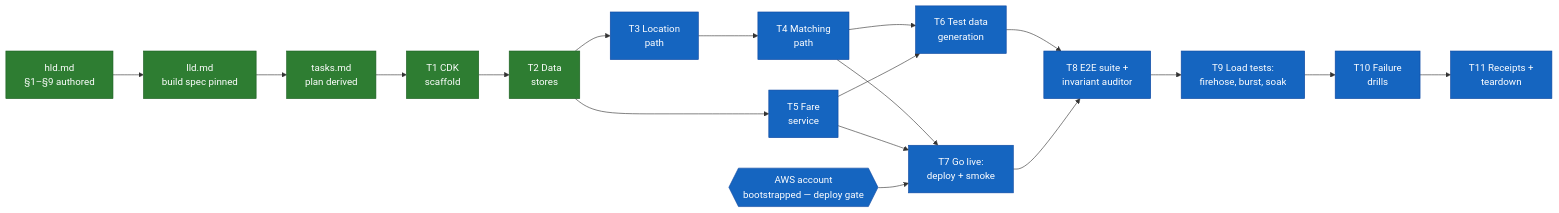
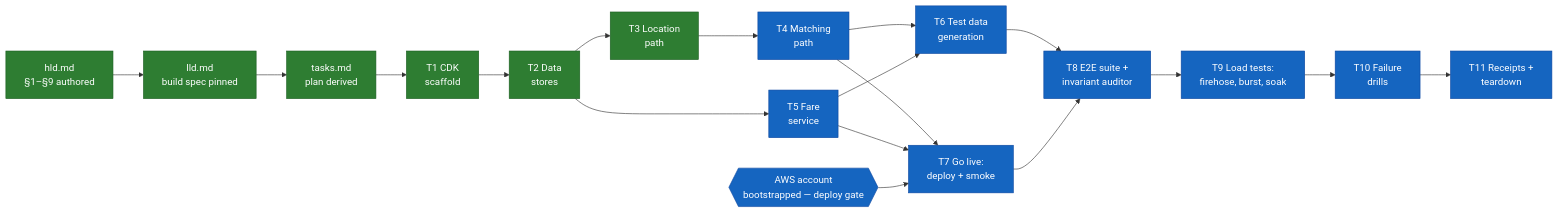
Before and after one commit to quannh0308/SystemDesignDeepDives: the diagram in uber-like-rides/docs/ledger.md, drawn with Mermaid. The commit also changed other lines of this file and 27 other files, not shown here.

````diff
--- a/uber-like-rides/docs/ledger.md
+++ b/uber-like-rides/docs/ledger.md
@@ -8,38 +8,38 @@
 ```mermaid
 flowchart LR
     DESIGN[hld.md<br/>§1–§9 authored]
     LLD[lld.md<br/>build spec pinned]
     PLAN[tasks.md<br/>plan derived]
     T1[T1 CDK<br/>scaffold]
     T2[T2 Data<br/>stores]
     T3[T3 Location<br/>path]
     T4[T4 Matching<br/>path]
     T5[T5 Fare<br/>service]
     T6[T6 Test data<br/>generation]
     T7[T7 Go live:<br/>deploy + smoke]
     T8[T8 E2E suite +<br/>invariant auditor]
     T9[T9 Load tests:<br/>firehose, burst, soak]
     T10[T10 Failure<br/>drills]
     T11[T11 Receipts +<br/>teardown]
     AWS{{AWS account<br/>bootstrapped — deploy gate}}
 
     DESIGN --> LLD --> PLAN --> T1
     T1 --> T2
     T2 --> T3
     T2 --> T5
     T3 --> T4
     T4 --> T6
     T5 --> T6
     T4 --> T7
     T5 --> T7
     AWS --> T7
     T6 --> T8
     T7 --> T8
     T8 --> T9 --> T10 --> T11
 
     classDef done fill:#2e7d32,color:#fff,stroke:#1b5e20
     classDef active fill:#ff8f00,color:#fff,stroke:#e65100
     classDef pending fill:#1565c0,color:#fff,stroke:#0d47a1
-    class DESIGN,LLD,PLAN,T1,T2 done
-    class T3,T4,T5,T6,T7,T8,T9,T10,T11,AWS pending
+    class DESIGN,LLD,PLAN,T1,T2,T3 done
+    class T4,T5,T6,T7,T8,T9,T10,T11,AWS pending
 ```
````
